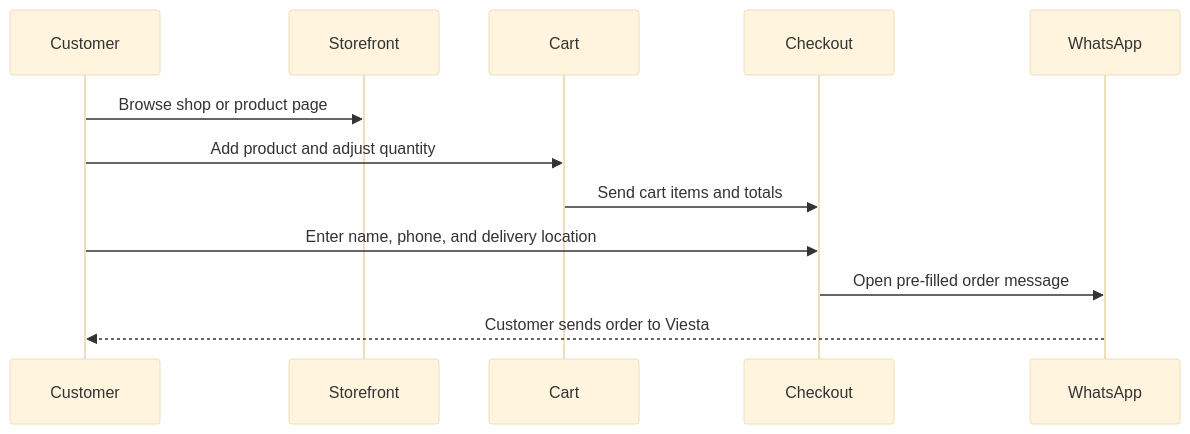
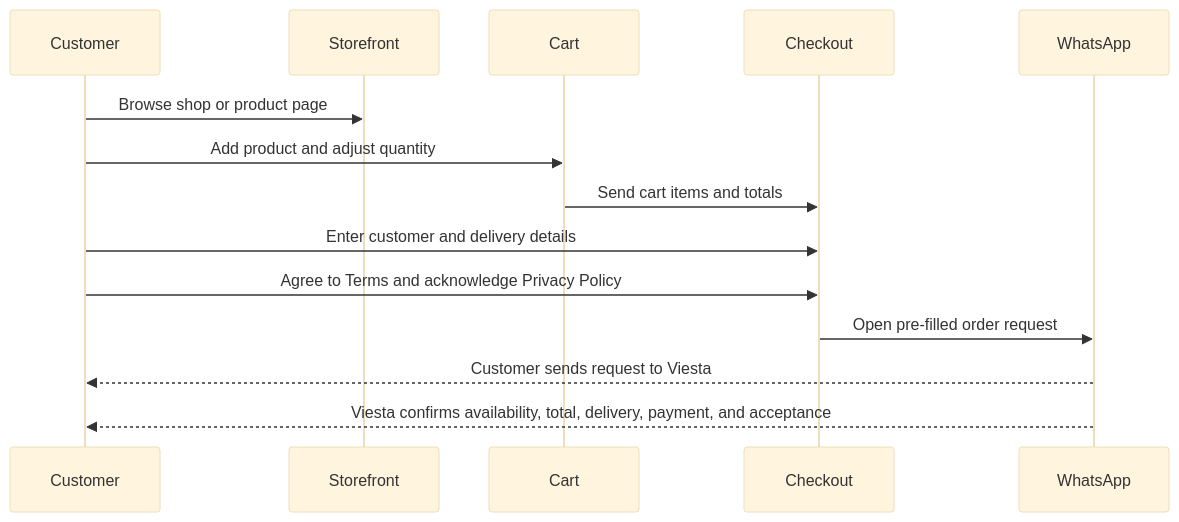
Before and after one commit to CamlineKe/Viesta: the third of 3 diagrams in README.md, drawn with Mermaid (base theme). The commit also changed other lines of this file and 7 other files, not shown here.

````diff
--- a/README.md
+++ b/README.md
@@ -161,15 +162,17 @@
 ```mermaid
 sequenceDiagram
   participant Customer
   participant Storefront
   participant Cart
   participant Checkout
   participant WhatsApp
 
   Customer->>Storefront: Browse shop or product page
   Customer->>Cart: Add product and adjust quantity
   Cart->>Checkout: Send cart items and totals
-  Customer->>Checkout: Enter name, phone, and delivery location
-  Checkout->>WhatsApp: Open pre-filled order message
-  WhatsApp-->>Customer: Customer sends order to Viesta
+  Customer->>Checkout: Enter customer and delivery details
+  Customer->>Checkout: Agree to Terms and acknowledge Privacy Policy
+  Checkout->>WhatsApp: Open pre-filled order request
+  WhatsApp-->>Customer: Customer sends request to Viesta
+  WhatsApp-->>Customer: Viesta confirms availability, total, delivery, payment, and acceptance
 ```
````
